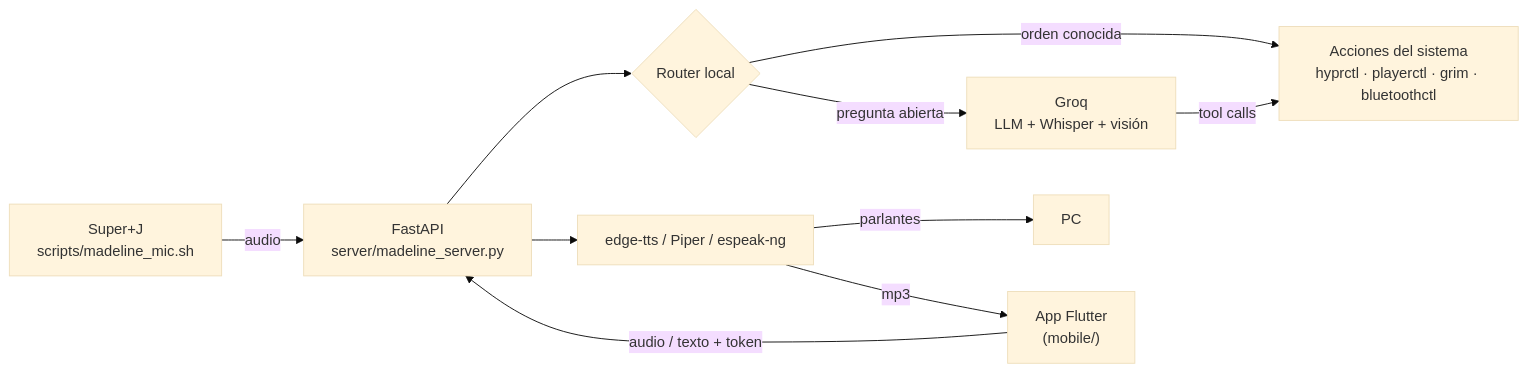
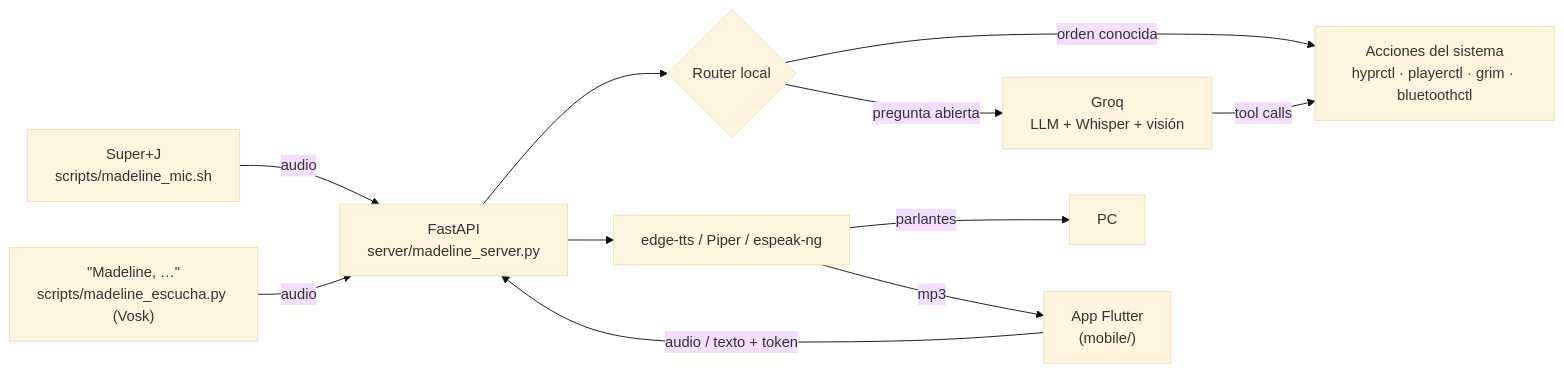
Before and after one commit to AQ-Keric/madeline: the diagram in README.md, drawn with Mermaid (base theme). The commit also changed other lines of this file and 4 other files, not shown here.

````diff
--- a/README.md
+++ b/README.md
@@ -37,12 +39,13 @@
 ```mermaid
 flowchart LR
     Mic["Super+J<br/>scripts/madeline_mic.sh"] -->|audio| API
+    Wake["&quot;Madeline, …&quot;<br/>scripts/madeline_escucha.py (Vosk)"] -->|audio| API
     App["App Flutter<br/>(mobile/)"] -->|audio / texto + token| API
     API["FastAPI<br/>server/madeline_server.py"] --> Router{"Router local"}
     Router -->|orden conocida| Acciones["Acciones del sistema<br/>hyprctl · playerctl · grim · bluetoothctl"]
     Router -->|pregunta abierta| Groq["Groq<br/>LLM + Whisper + visión"]
     Groq -->|tool calls| Acciones
     API --> TTS["edge-tts / Piper / espeak-ng"]
     TTS -->|parlantes| PC["PC"]
     TTS -->|mp3| App
 ```
````
